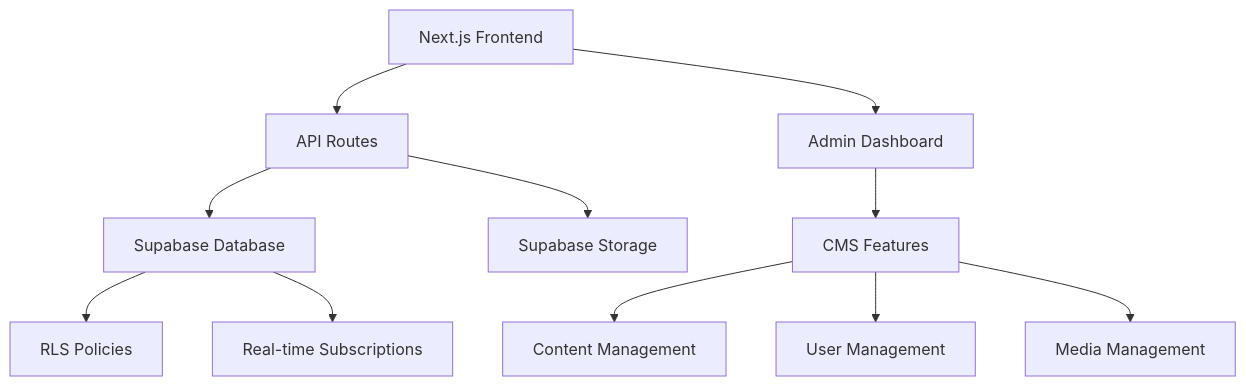
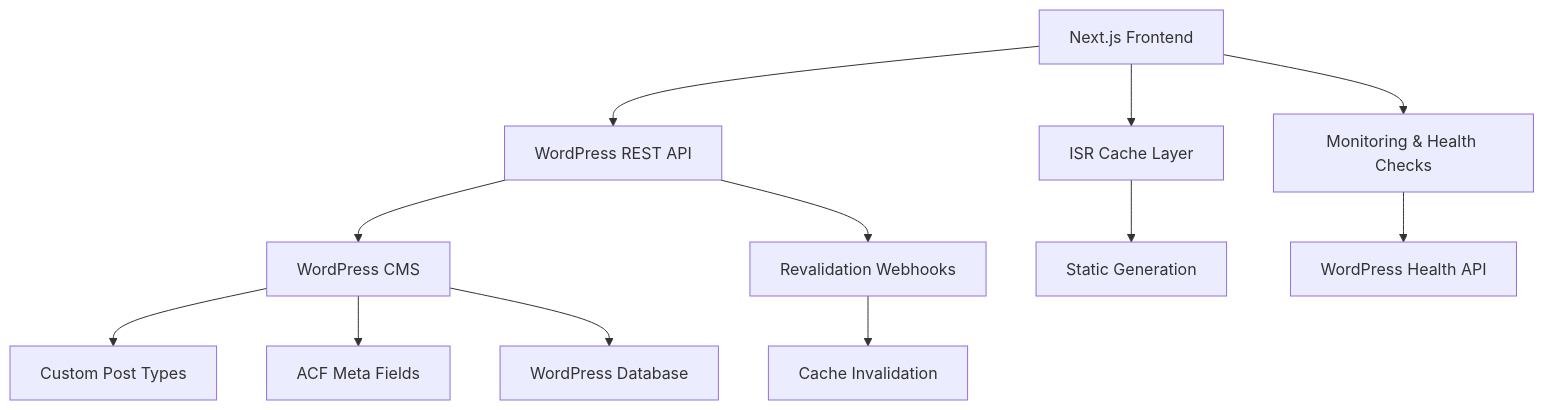
Before and after one commit to gmdgdn/zawayaa: the diagram in README.md, drawn with Mermaid. The commit also changed other lines of this file, not shown here.

First line of the commit message:
docs: Update README with WordPress integration and current project status

````diff
--- a/README.md
+++ b/README.md
@@ -58,13 +67,14 @@
 ```mermaid
 graph TB
-    A[Next.js Frontend] --> B[API Routes]
-    B --> C[Supabase Database]
-    B --> D[Supabase Storage]
-    A --> E[Admin Dashboard]
-    E --> F[CMS Features]
-    F --> G[Content Management]
-    F --> H[User Management]
-    F --> I[Media Management]
-    C --> J[RLS Policies]
-    C --> K[Real-time Subscriptions]
+    A[Next.js Frontend] --> B[WordPress REST API]
+    A --> C[ISR Cache Layer]
+    B --> D[WordPress CMS]
+    D --> E[Custom Post Types]
+    D --> F[ACF Meta Fields]
+    D --> G[WordPress Database]
+    B --> H[Revalidation Webhooks]
+    H --> I[Cache Invalidation]
+    C --> J[Static Generation]
+    A --> K[Monitoring & Health Checks]
+    K --> L[WordPress Health API]
 ```
````
